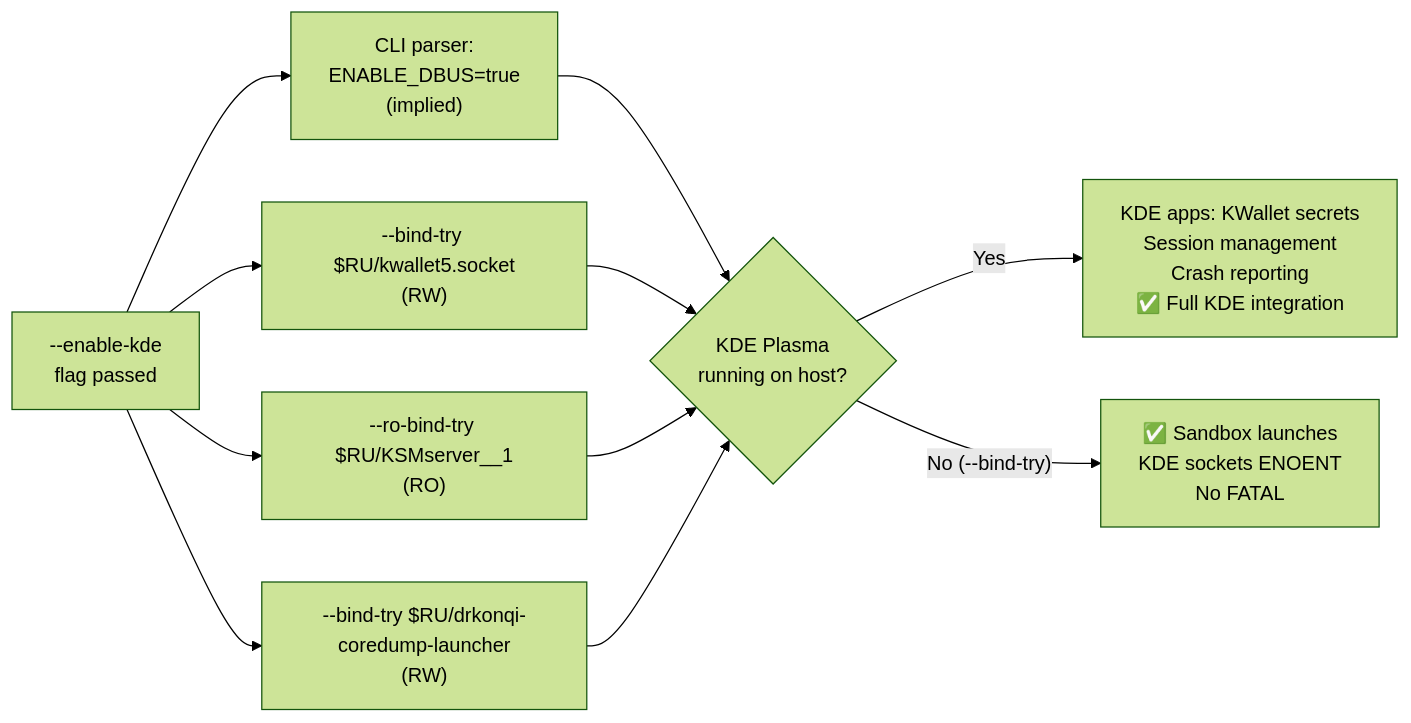
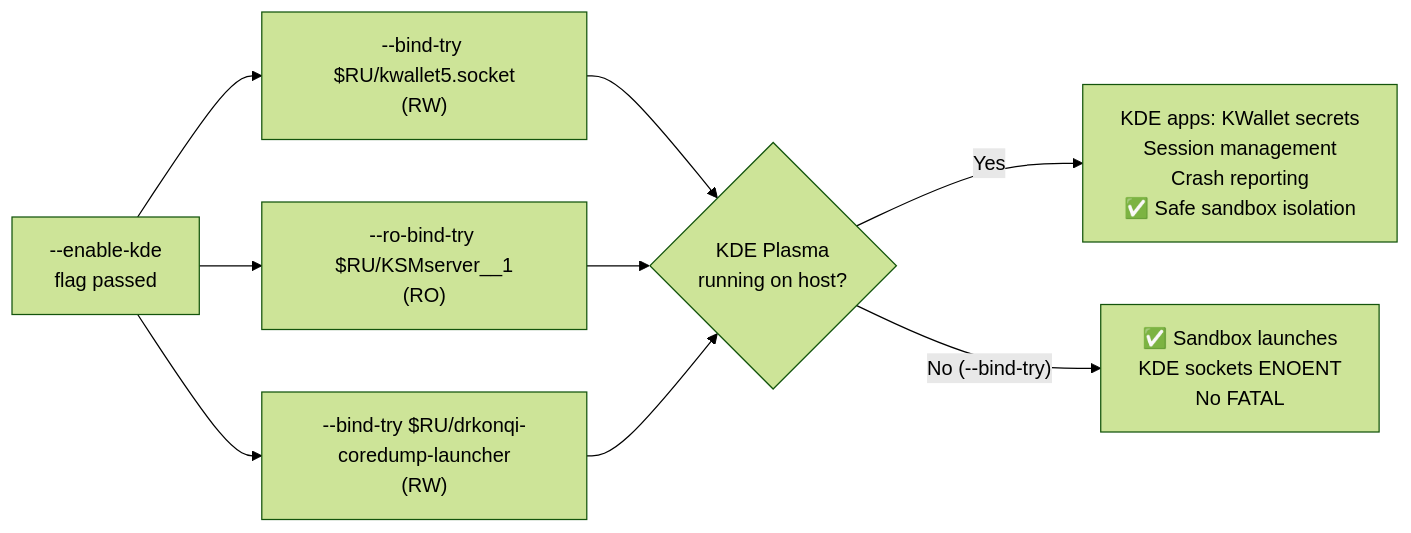
Before and after one commit to hanasaki/hanaden-bwrap-enhanced: the diagram in PROJECT_HOME/docs/architecture-design-features-specs/BwrapEnhanced2026.strat/UncontainedAgentExecution.driv/NamespaceIsolatedSandbox.moti/GuiPassthrough.feat/KdePassthrough.spec/20260818-042727-711ba351-44e8-490a-KdePassthrough.spec-0.0.1.md, drawn with Mermaid (forest theme). The commit also changed other lines of this file and 75 other files, not shown here.

````diff
--- a/PROJECT_HOME/docs/architecture-design-features-specs/BwrapEnhanced2026.strat/UncontainedAgentExecution.driv/NamespaceIsolatedSandbox.moti/GuiPassthrough.feat/KdePassthrough.spec/20260818-042727-711ba351-44e8-490a-KdePassthrough.spec-0.0.1.md
+++ b/PROJECT_HOME/docs/architecture-design-features-specs/BwrapEnhanced2026.strat/UncontainedAgentExecution.driv/NamespaceIsolatedSandbox.moti/GuiPassthrough.feat/KdePassthrough.spec/20260818-042727-711ba351-44e8-490a-KdePassthrough.spec-0.0.1.md
@@ -148,10 +146,9 @@
 ```mermaid
 graph LR
-    A["--enable-kde\nflag passed"] --> B["CLI parser:\nENABLE_DBUS=true\n(implied)"]
-    A --> C["--bind-try $RU/kwallet5.socket\n(RW)"]
+    A["--enable-kde\nflag passed"] --> C["--bind-try $RU/kwallet5.socket\n(RW)"]
     A --> D["--ro-bind-try $RU/KSMserver__1\n(RO)"]
     A --> E["--bind-try $RU/drkonqi-coredump-launcher\n(RW)"]
-    B & C & D & E --> F{"KDE Plasma\nrunning on host?"}
-    F -->|"Yes"| G["KDE apps: KWallet secrets\nSession management\nCrash reporting\n✅ Full KDE integration"]
+    C & D & E --> F{"KDE Plasma\nrunning on host?"}
+    F -->|"Yes"| G["KDE apps: KWallet secrets\nSession management\nCrash reporting\n✅ Safe sandbox isolation"]
     F -->|"No (--bind-try)"| H["✅ Sandbox launches\nKDE sockets ENOENT\nNo FATAL"]
 ```
````
